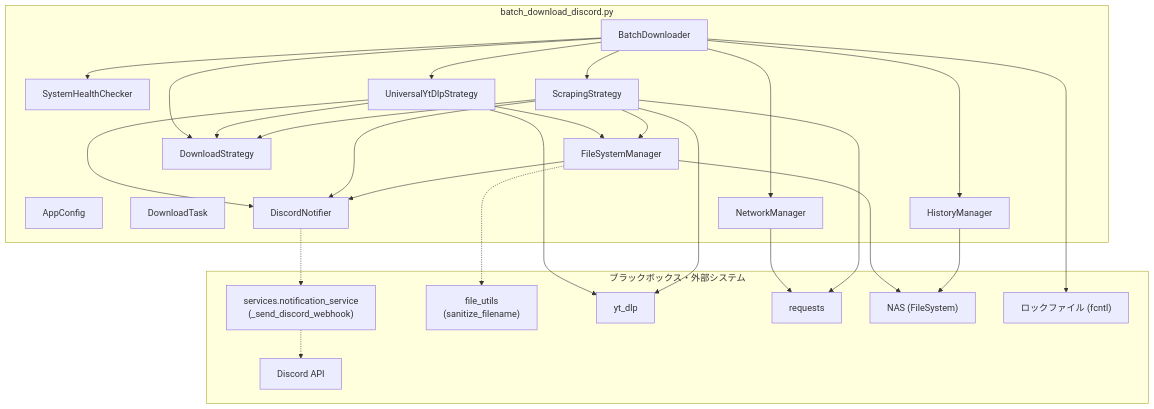
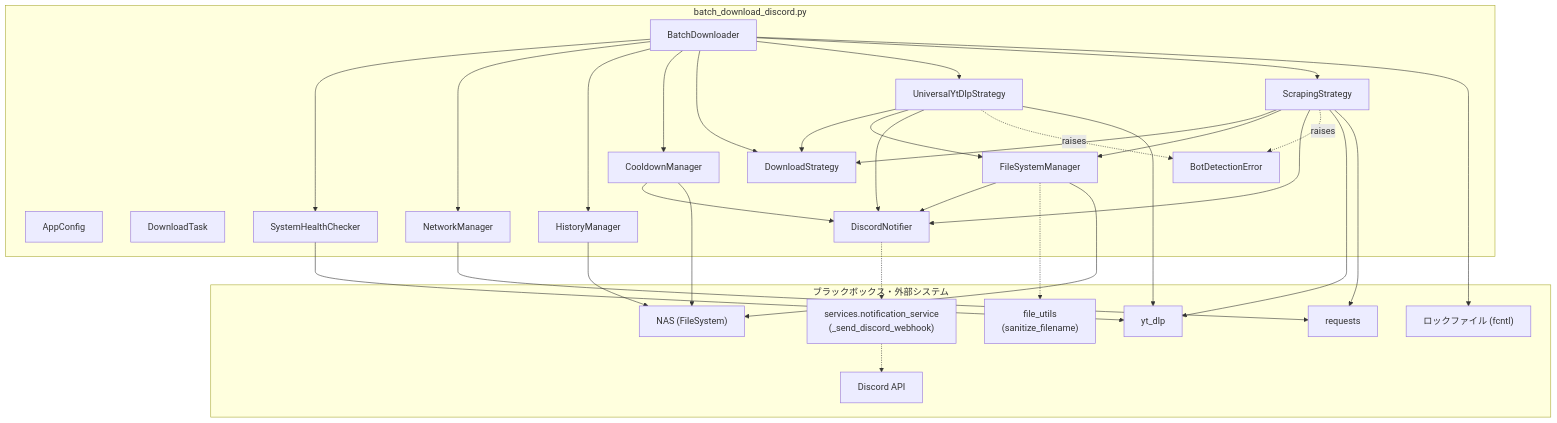
One commit to mmtigers/my_python_project changed the second of 2 diagrams in docs/specifications/DDD/batch_download_discord.md. Above: the diagram before and after it, drawn with Mermaid. The commit also changed other lines of this file and 65 other files, not shown here.

````diff
--- a/docs/specifications/DDD/batch_download_discord.md
+++ b/docs/specifications/DDD/batch_download_discord.md
@@ -593,53 +800,60 @@
 ```mermaid
 flowchart TD
     subgraph SubBatchDownload["batch_download_discord.py"]
         AppConfig
         DownloadTask
+        BotDetectionError
         BatchDownloader
         DiscordNotifier
         HistoryManager
+        CooldownManager
         NetworkManager
         FileSystemManager
         SystemHealthChecker
         DownloadStrategy
         UniversalYtDlpStrategy
         ScrapingStrategy
 
         BatchDownloader --> SystemHealthChecker
         BatchDownloader --> NetworkManager
         BatchDownloader --> HistoryManager
+        BatchDownloader --> CooldownManager
         BatchDownloader --> DownloadStrategy
         BatchDownloader --> UniversalYtDlpStrategy
         BatchDownloader --> ScrapingStrategy
 
         UniversalYtDlpStrategy --> DownloadStrategy
         ScrapingStrategy --> DownloadStrategy
         UniversalYtDlpStrategy --> FileSystemManager
         UniversalYtDlpStrategy --> DiscordNotifier
+        UniversalYtDlpStrategy -.->|"raises"| BotDetectionError
         ScrapingStrategy --> FileSystemManager
         ScrapingStrategy --> DiscordNotifier
+        ScrapingStrategy -.->|"raises"| BotDetectionError
         FileSystemManager --> DiscordNotifier
+        CooldownManager --> DiscordNotifier
     end
 
     subgraph SubBlackBox["ブラックボックス・外部システム"]
         NotificationService["services.notification_service<br>(_send_discord_webhook)"]
         FileUtils["file_utils<br>(sanitize_filename)"]
         YTDLP["yt_dlp"]
         Requests["requests"]
         NAS["NAS (FileSystem)"]
         DiscordAPI["Discord API"]
         LockFile["ロックファイル (fcntl)"]
     end
 
     DiscordNotifier -.-> NotificationService
     NotificationService -.-> DiscordAPI
     FileSystemManager -.-> FileUtils
     UniversalYtDlpStrategy --> YTDLP
     ScrapingStrategy --> YTDLP
+    SystemHealthChecker --> YTDLP
     NetworkManager --> Requests
     ScrapingStrategy --> Requests
     FileSystemManager --> NAS
     HistoryManager --> NAS
+    CooldownManager --> NAS
     BatchDownloader --> LockFile
-
 ```
````
